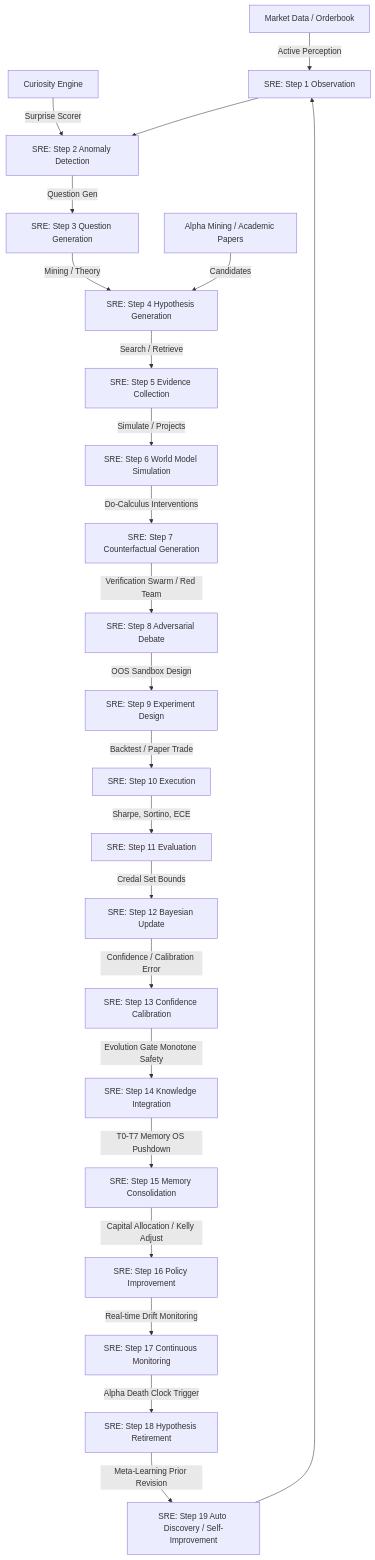
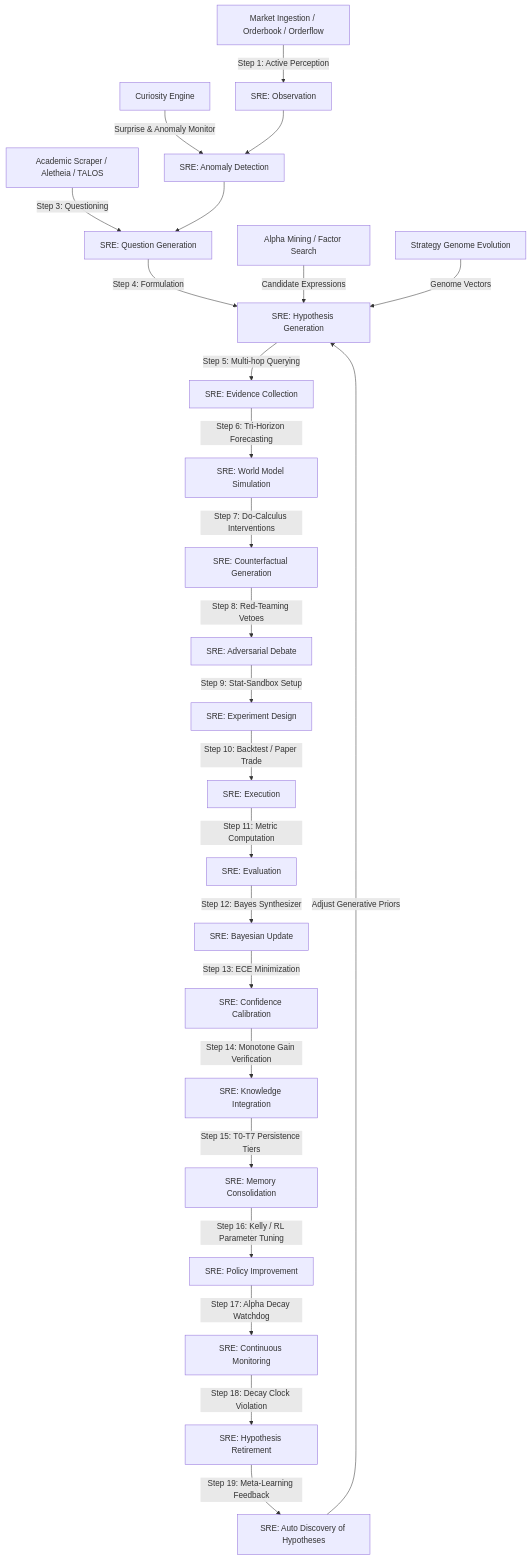
One commit to CodeCrazeCodeCrazeDev/tradingbot changed the diagram in SCIENTIFIC_AUDIT_REPORT_COMPLETE.md. Above: the diagram before and after it, drawn with Mermaid. The commit also changed other lines of this file and 5 other files, not shown here.

````diff
--- a/SCIENTIFIC_AUDIT_REPORT_COMPLETE.md
+++ b/SCIENTIFIC_AUDIT_REPORT_COMPLETE.md
@@ -25,36 +38,38 @@
 ```mermaid
 graph TD
     %% Origins
-    MarketData[Market Data / Orderbook] --> |Active Perception| SRE_Obs[SRE: Step 1 Observation]
-    Curiosity[Curiosity Engine] --> |Surprise Scorer| SRE_Anom[SRE: Step 2 Anomaly Detection]
+    Sensing[Market Ingestion / Orderbook / Orderflow] --> |Step 1: Active Perception| SRE_Obs[SRE: Observation]
+    Curiosity[Curiosity Engine] --> |Surprise & Anomaly Monitor| SRE_Anom[SRE: Anomaly Detection]
+    Academic[Academic Scraper / Aletheia / TALOS] --> |Step 3: Questioning| SRE_QGen[SRE: Question Generation]
 
-    %% Creation & Generation
+    %% Generation
     SRE_Obs --> SRE_Anom
-    SRE_Anom --> |Question Gen| SRE_QGen[SRE: Step 3 Question Generation]
-    SRE_QGen --> |Mining / Theory| SRE_HGen[SRE: Step 4 Hypothesis Generation]
-    AlphaMine[Alpha Mining / Academic Papers] --> |Candidates| SRE_HGen
+    SRE_Anom --> SRE_QGen
+    SRE_QGen --> |Step 4: Formulation| SRE_HGen[SRE: Hypothesis Generation]
+    AlphaMine[Alpha Mining / Factor Search] --> |Candidate Expressions| SRE_HGen
+    Genome[Strategy Genome Evolution] --> |Genome Vectors| SRE_HGen
 
     %% Evaluation
-    SRE_HGen --> |Search / Retrieve| SRE_Evid[SRE: Step 5 Evidence Collection]
-    SRE_Evid --> |Simulate / Projects| SRE_WM[SRE: Step 6 World Model Simulation]
-    SRE_WM --> |Do-Calculus Interventions| SRE_CF[SRE: Step 7 Counterfactual Generation]
-    SRE_CF --> |Verification Swarm / Red Team| SRE_Debate[SRE: Step 8 Adversarial Debate]
+    SRE_HGen --> |Step 5: Multi-hop Querying| SRE_Evid[SRE: Evidence Collection]
+    SRE_Evid --> |Step 6: Tri-Horizon Forecasting| SRE_WM[SRE: World Model Simulation]
+    SRE_WM --> |Step 7: Do-Calculus Interventions| SRE_CF[SRE: Counterfactual Generation]
+    SRE_CF --> |Step 8: Red-Teaming Vetoes| SRE_Debate[SRE: Adversarial Debate]
 
     %% Execution & Empirical Testing
-    SRE_Debate --> |OOS Sandbox Design| SRE_Exp[SRE: Step 9 Experiment Design]
-    SRE_Exp --> |Backtest / Paper Trade| SRE_Exec[SRE: Step 10 Execution]
-    SRE_Exec --> |Sharpe, Sortino, ECE| SRE_Eval[SRE: Step 11 Evaluation]
+    SRE_Debate --> |Step 9: Stat-Sandbox Setup| SRE_Exp[SRE: Experiment Design]
+    SRE_Exp --> |Step 10: Backtest / Paper Trade| SRE_Exec[SRE: Execution]
+    SRE_Exec --> |Step 11: Metric Computation| SRE_Eval[SRE: Evaluation]
 
-    %% Learning & Consolidation
-    SRE_Eval --> |Credal Set Bounds| SRE_Bayes[SRE: Step 12 Bayesian Update]
-    SRE_Bayes --> |Confidence / Calibration Error| SRE_Calib[SRE: Step 13 Confidence Calibration]
-    SRE_Calib --> |Evolution Gate Monotone Safety| SRE_Int[SRE: Step 14 Knowledge Integration]
-    SRE_Int --> |T0-T7 Memory OS Pushdown| SRE_Mem[SRE: Step 15 Memory Consolidation]
+    %% Learning & Calibration
+    SRE_Eval --> |Step 12: Bayes Synthesizer| SRE_Bayes[SRE: Bayesian Update]
+    SRE_Bayes --> |Step 13: ECE Minimization| SRE_Calib[SRE: Confidence Calibration]
+    SRE_Calib --> |Step 14: Monotone Gain Verification| SRE_Int[SRE: Knowledge Integration]
+    SRE_Int --> |Step 15: T0-T7 Persistence Tiers| SRE_Mem[SRE: Memory Consolidation]
 
-    %% Policy Improvement & Loop Closure
-    SRE_Mem --> |Capital Allocation / Kelly Adjust| SRE_Policy[SRE: Step 16 Policy Improvement]
-    SRE_Policy --> |Real-time Drift Monitoring| SRE_Mon[SRE: Step 17 Continuous Monitoring]
-    SRE_Mon --> |Alpha Death Clock Trigger| SRE_Retire[SRE: Step 18 Hypothesis Retirement]
-    SRE_Retire --> |Meta-Learning Prior Revision| SRE_Meta[SRE: Step 19 Auto Discovery / Self-Improvement]
-    SRE_Meta --> SRE_Obs
+    %% Policy Tuning & Retirement
+    SRE_Mem --> |Step 16: Kelly / RL Parameter Tuning| SRE_Policy[SRE: Policy Improvement]
+    SRE_Policy --> |Step 17: Alpha Decay Watchdog| SRE_Mon[SRE: Continuous Monitoring]
+    SRE_Mon --> |Step 18: Decay Clock Violation| SRE_Retire[SRE: Hypothesis Retirement]
+    SRE_Retire --> |Step 19: Meta-Learning Feedback| SRE_Meta[SRE: Auto Discovery of Hypotheses]
+    SRE_Meta --> |Adjust Generative Priors| SRE_HGen
 ```
````
